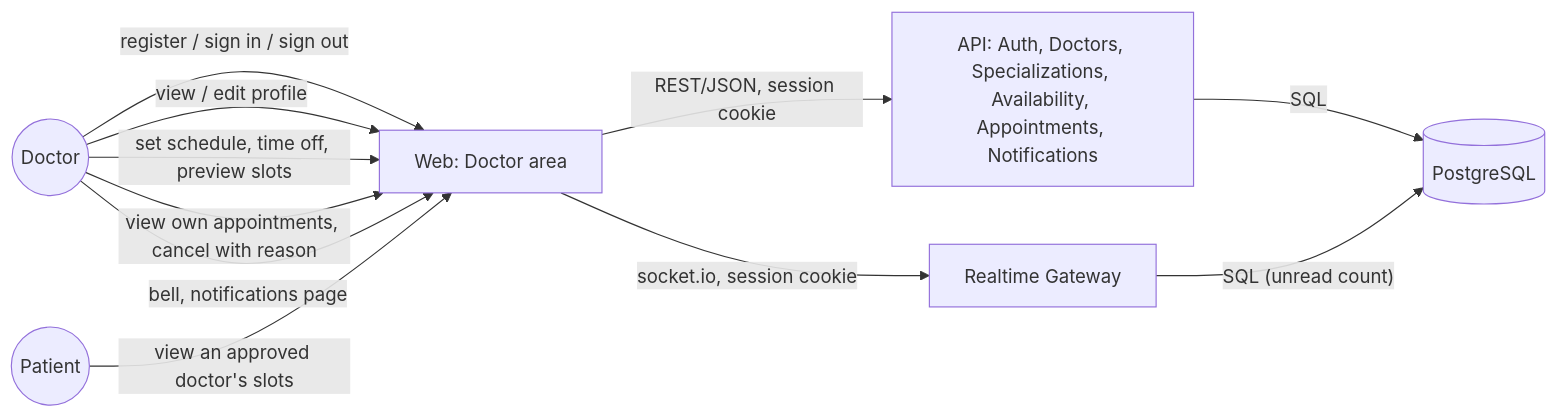
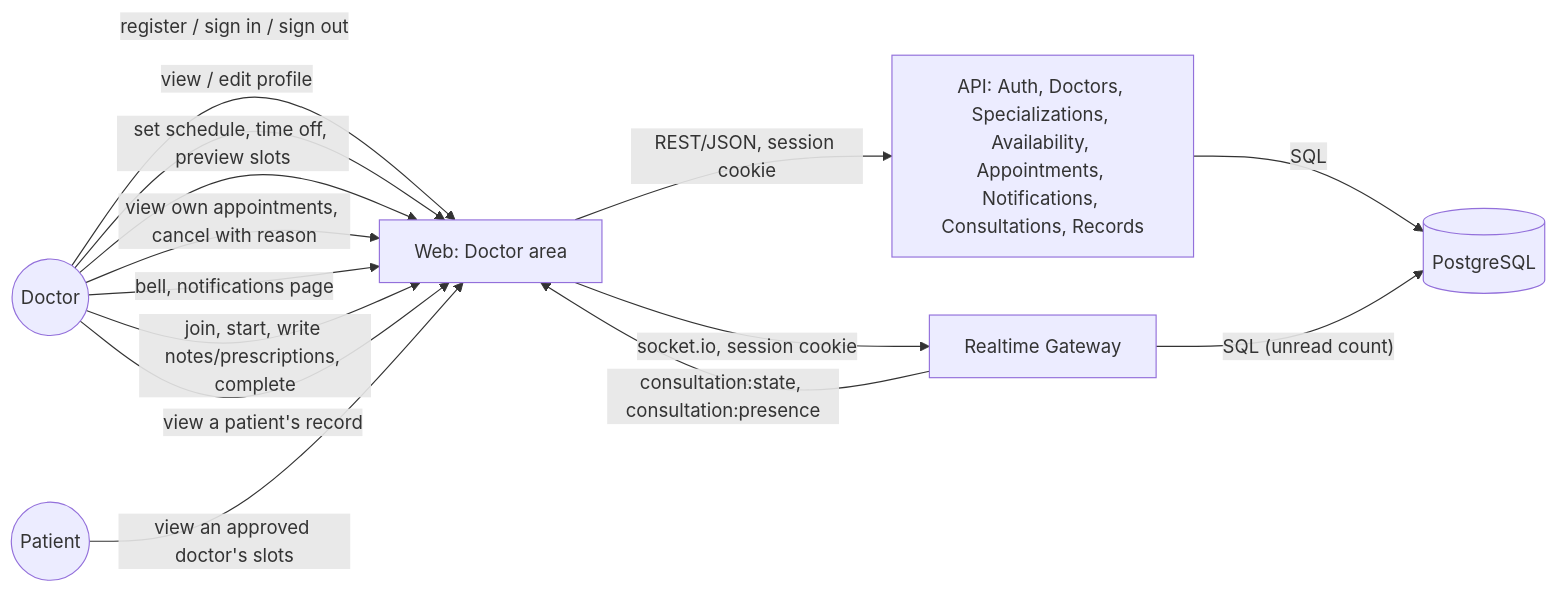
The first of 2 diagrams in docs/modules/doctor.md (alhexjustine/telehealth), drawn with Mermaid before and after one commit. The commit also changed other lines of this file and 76 other files, not shown here.

First line of the commit message:
feat: add consultation workspace and medical records (add-consultations-and-records)

````diff
--- a/docs/modules/doctor.md
+++ b/docs/modules/doctor.md
@@ -72,13 +96,16 @@
 ```mermaid
 flowchart LR
   D((Doctor)) -->|"register / sign in / sign out"| W[Web: Doctor area]
   D -->|"view / edit profile"| W
   D -->|"set schedule, time off, preview slots"| W
   D -->|"view own appointments, cancel with reason"| W
   D -->|"bell, notifications page"| W
+  D -->|"join, start, write notes/prescriptions, complete"| W
+  D -->|"view a patient's record"| W
   P((Patient)) -->|"view an approved doctor's slots"| W
-  W -->|"REST/JSON, session cookie"| A["API: Auth, Doctors, Specializations, Availability, Appointments, Notifications"]
+  W -->|"REST/JSON, session cookie"| A["API: Auth, Doctors, Specializations, Availability, Appointments, Notifications, Consultations, Records"]
   W -->|"socket.io, session cookie"| RT[Realtime Gateway]
   A -->|"SQL"| DB[(PostgreSQL)]
   RT -->|"SQL (unread count)"| DB
+  RT -->|"consultation:state, consultation:presence"| W
 ```
````
